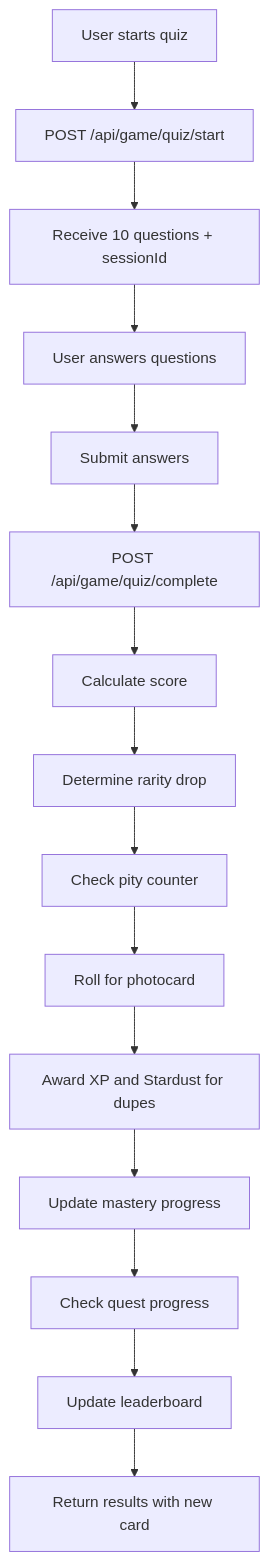
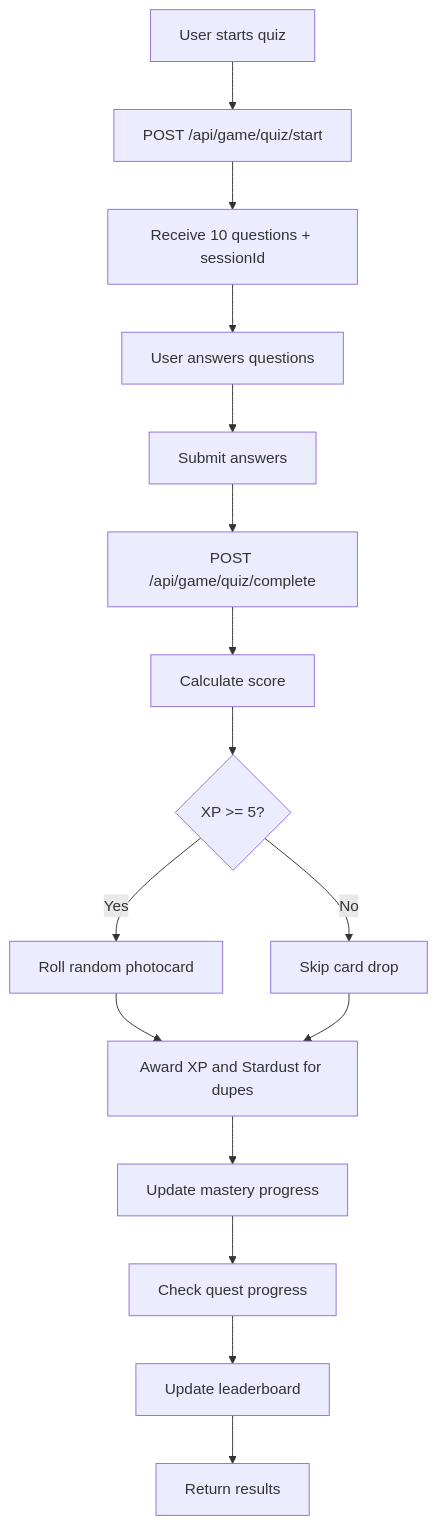
One commit to NoobSambit/ARMYVERSE2 changed the first of 3 diagrams in docs/features/game-system.md. Above: the diagram before and after it, drawn with Mermaid. The commit also changed other lines of this file and 76 other files, not shown here.

````diff
--- a/docs/features/game-system.md
+++ b/docs/features/game-system.md
@@ -156,17 +116,18 @@
 ```mermaid
 graph TD
     A[User starts quiz] --> B[POST /api/game/quiz/start]
     B --> C[Receive 10 questions + sessionId]
     C --> D[User answers questions]
     D --> E[Submit answers]
     E --> F[POST /api/game/quiz/complete]
     F --> G[Calculate score]
-    G --> H[Determine rarity drop]
-    H --> I[Check pity counter]
-    I --> J[Roll for photocard]
-    J --> K[Award XP and Stardust for dupes]
+    G --> H{XP >= 5?}
+    H -->|Yes| I[Roll random photocard]
+    H -->|No| J[Skip card drop]
+    I --> K[Award XP and Stardust for dupes]
+    J --> K
     K --> L[Update mastery progress]
     L --> M[Check quest progress]
     M --> N[Update leaderboard]
-    N --> O[Return results with new card]
+    N --> O[Return results]
 ```
````
